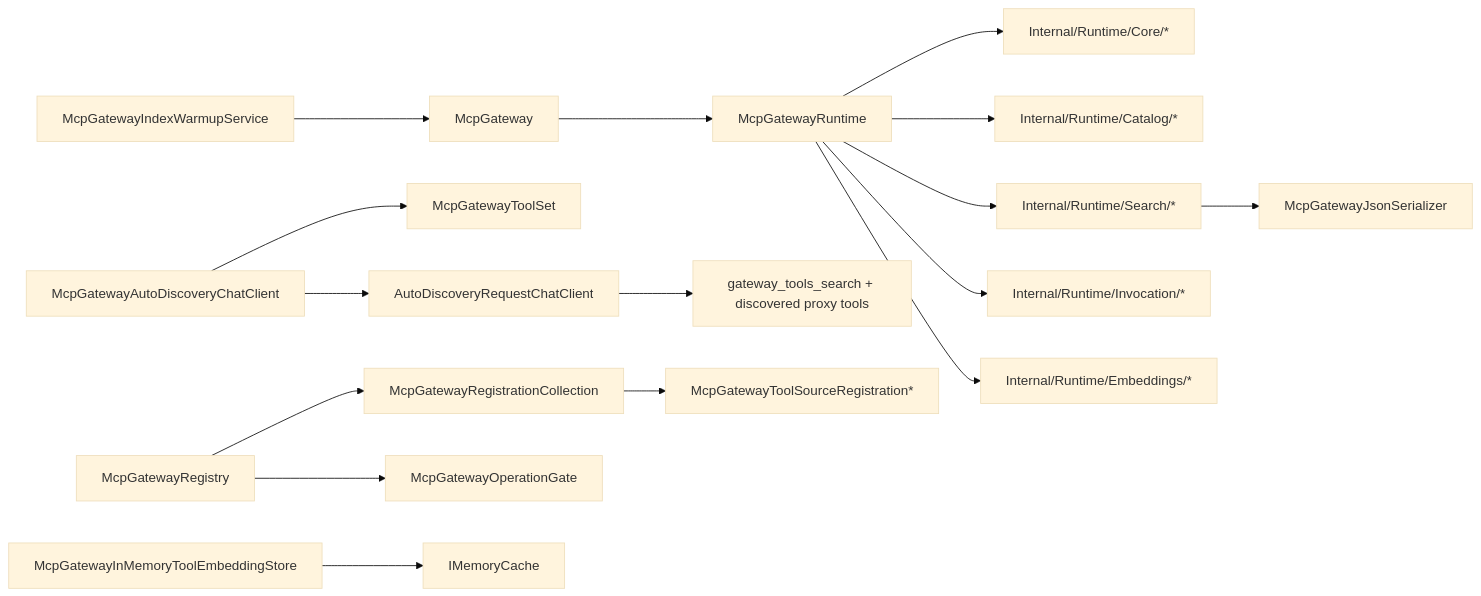
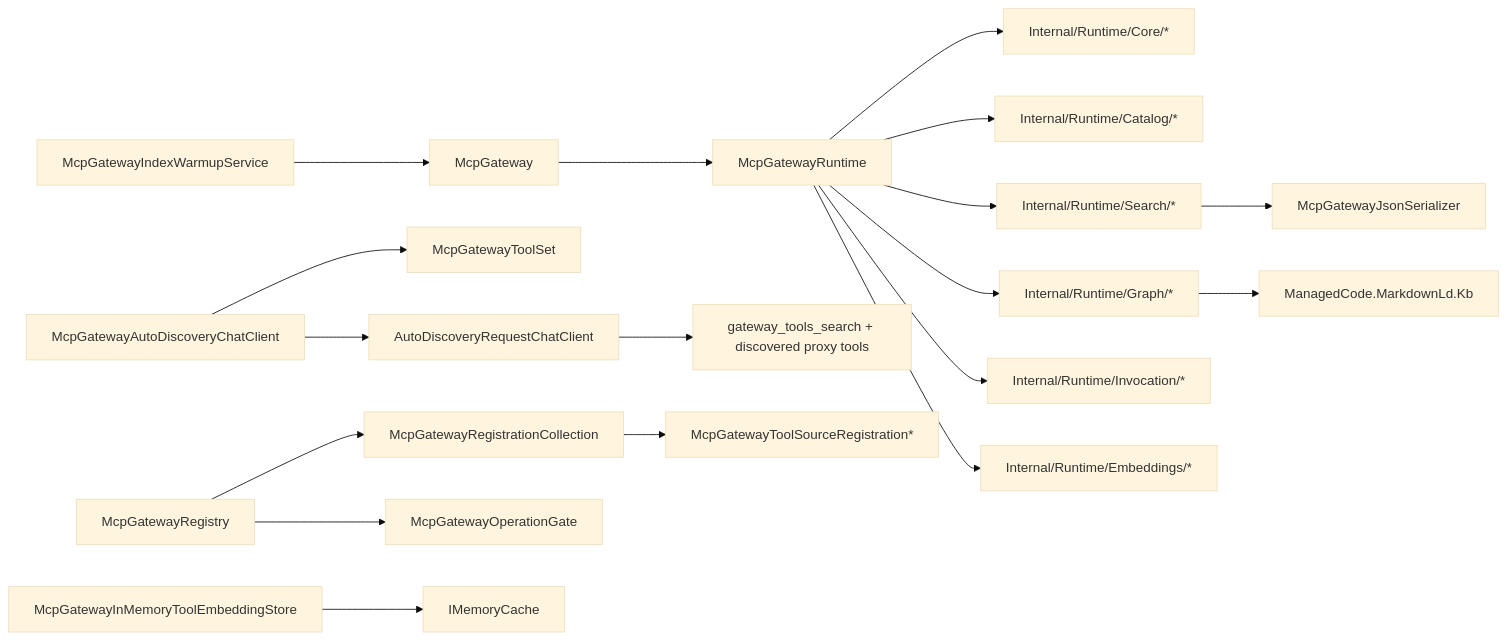
One commit to managedcode/MCPGateway changed the fourth of 4 diagrams in docs/Architecture/Overview.md. Above: the diagram before and after it, drawn with Mermaid (base theme). The commit also changed other lines of this file and 45 other files, not shown here.

````diff
--- a/docs/Architecture/Overview.md
+++ b/docs/Architecture/Overview.md
@@ -97,18 +98,20 @@
 ```mermaid
 flowchart LR
     McpGateway["McpGateway"] --> McpGatewayRuntime["McpGatewayRuntime"]
     AutoDiscovery["McpGatewayAutoDiscoveryChatClient"] --> ToolSet["McpGatewayToolSet"]
     AutoDiscovery --> RequestWrapper["AutoDiscoveryRequestChatClient"]
     RequestWrapper --> RuntimeTools["gateway_tools_search + discovered proxy tools"]
     McpGatewayRuntime --> RuntimeCore["Internal/Runtime/Core/*"]
     McpGatewayRuntime --> RuntimeCatalog["Internal/Runtime/Catalog/*"]
     McpGatewayRuntime --> RuntimeSearch["Internal/Runtime/Search/*"]
+    McpGatewayRuntime --> RuntimeGraph["Internal/Runtime/Graph/*"]
     McpGatewayRuntime --> RuntimeInvocation["Internal/Runtime/Invocation/*"]
     McpGatewayRuntime --> RuntimeEmbeddings["Internal/Runtime/Embeddings/*"]
     Registry["McpGatewayRegistry"] --> RegistrationCollection["McpGatewayRegistrationCollection"]
     Registry --> OperationGate["McpGatewayOperationGate"]
     RegistrationCollection --> SourceRegistrations["McpGatewayToolSourceRegistration*"]
     RuntimeSearch --> Json["McpGatewayJsonSerializer"]
+    RuntimeGraph --> MarkdownLd["ManagedCode.MarkdownLd.Kb"]
     Warmup["McpGatewayIndexWarmupService"] --> McpGateway
     InMemoryStore["McpGatewayInMemoryToolEmbeddingStore"] --> MemoryCache["IMemoryCache"]
 ```
````
